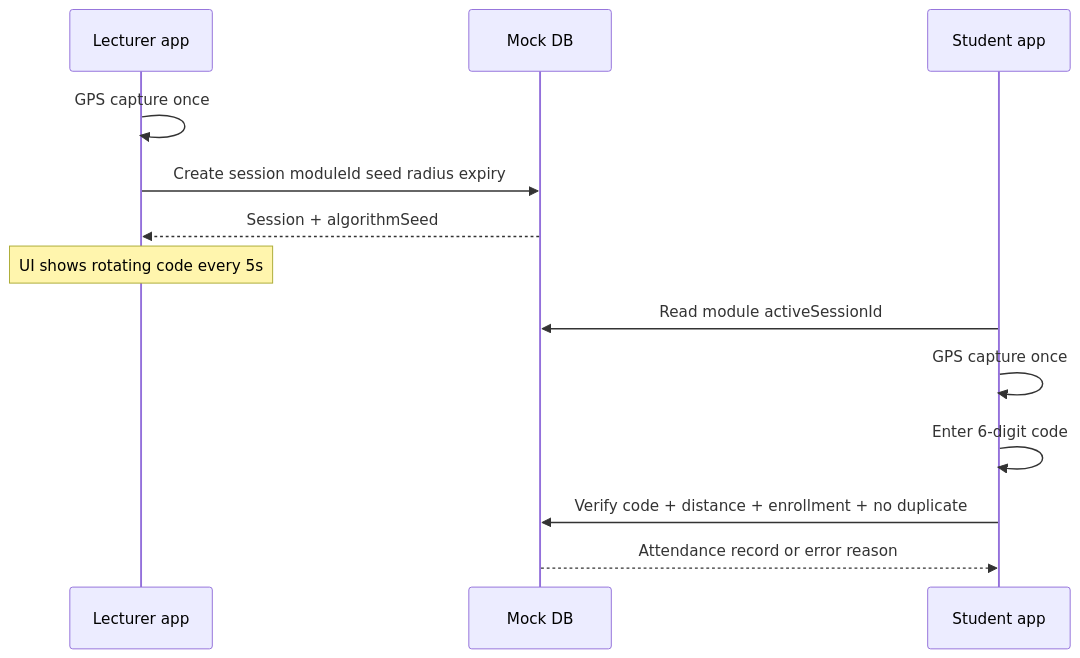
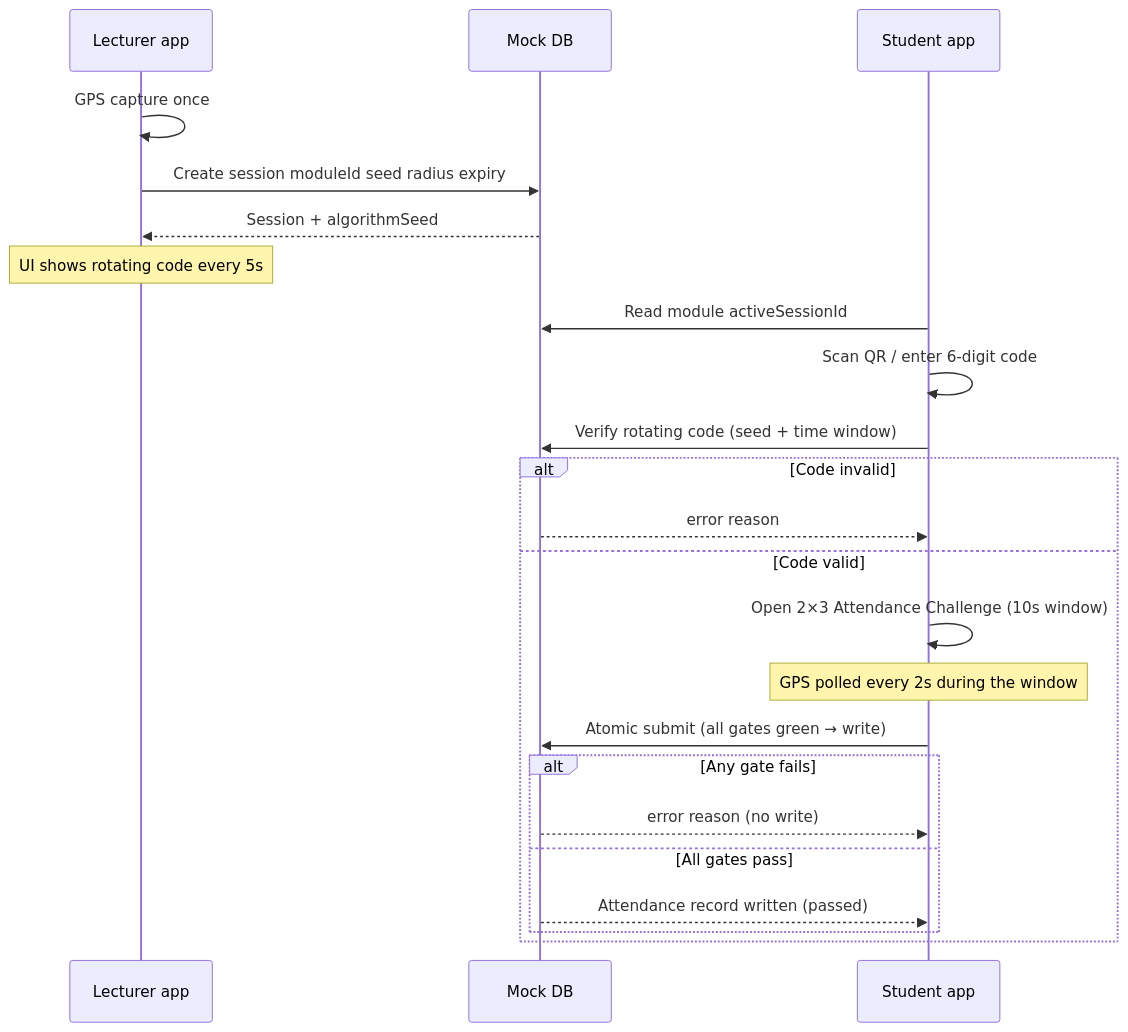
The second of 3 diagrams in README.md (answer-mthombe/STARS_LITE), drawn with Mermaid before and after one commit. The commit also changed 13 other files, not shown here.

````diff
--- a/README.md
+++ b/README.md
@@ -106,17 +106,27 @@
 ```mermaid
 sequenceDiagram
   participant L as Lecturer app
   participant DB as Mock DB
   participant S as Student app
 
   L->>L: GPS capture once
   L->>DB: Create session moduleId seed radius expiry
   DB-->>L: Session + algorithmSeed
   Note over L: UI shows rotating code every 5s
 
   S->>DB: Read module activeSessionId
-  S->>S: GPS capture once
-  S->>S: Enter 6-digit code
-  S->>DB: Verify code + distance + enrollment + no duplicate
-  DB-->>S: Attendance record or error reason
+  S->>S: Scan QR / enter 6-digit code
+  S->>DB: Verify rotating code (seed + time window)
+  alt Code invalid
+    DB-->>S: error reason
+  else Code valid
+    S->>S: Open 2×3 Attendance Challenge (10s window)
+    Note over S: GPS polled every 2s during the window
+    S->>DB: Atomic submit (all gates green → write)
+    alt Any gate fails
+      DB-->>S: error reason (no write)
+    else All gates pass
+      DB-->>S: Attendance record written (passed)
+    end
+  end
 ```
````
